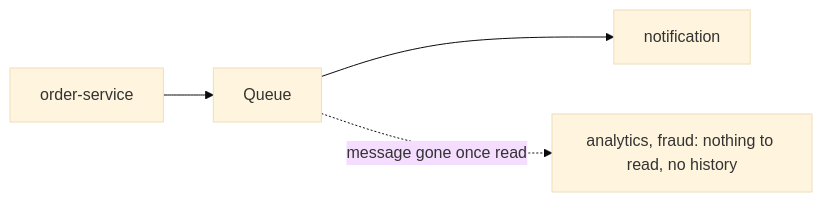
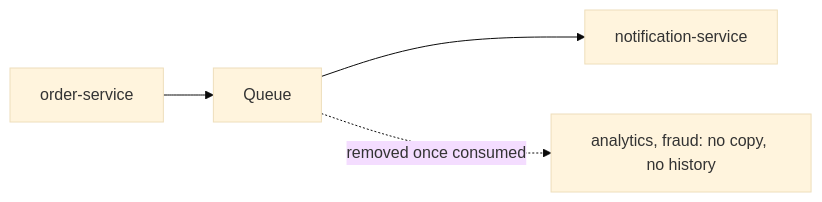
The first of 2 diagrams in notes/02-messaging/02-kafka/01-kafka-overview.md (jubin-techwiz/learning), drawn with Mermaid (base theme) before and after one commit. The commit also changed other lines of this file and 37 other files, not shown here.

````diff
--- a/notes/02-messaging/02-kafka/01-kafka-overview.md
+++ b/notes/02-messaging/02-kafka/01-kafka-overview.md
@@ -28,6 +55,6 @@
 ```mermaid
 flowchart LR
     O[order-service] --> Q[Queue]
-    Q --> N[notification]
-    Q -.->|message gone once read| X[analytics, fraud: nothing to read, no history]
+    Q --> N[notification-service]
+    Q -.->|removed once consumed| X[analytics, fraud: no copy, no history]
 ```
````
